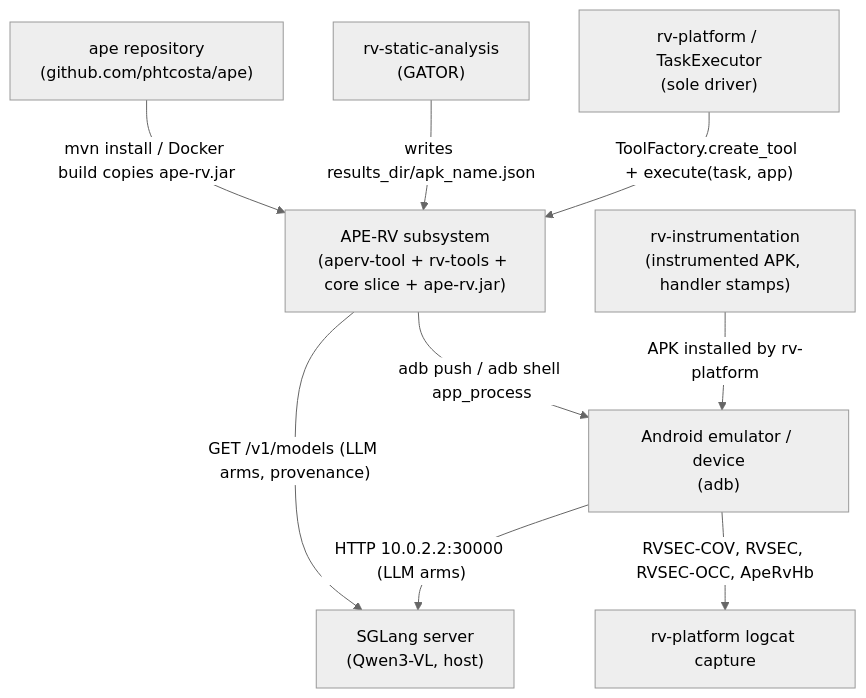
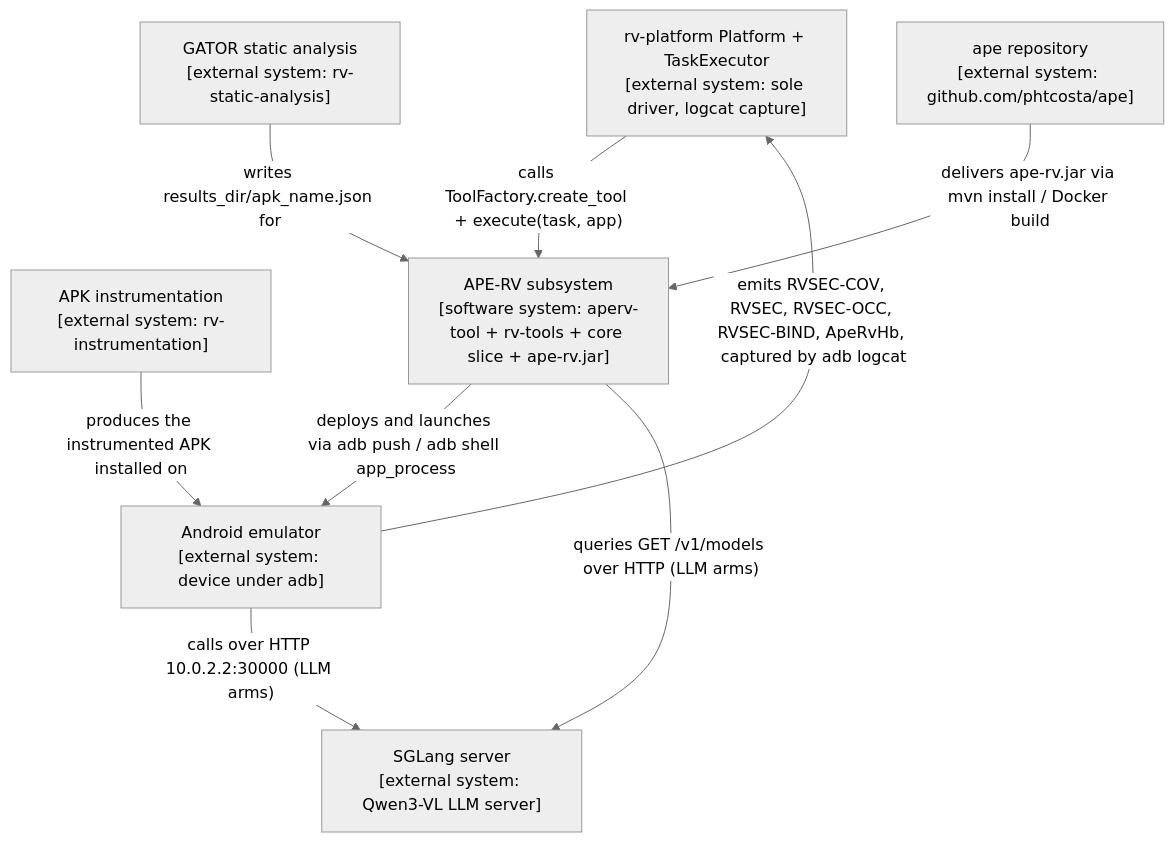
Before and after one commit to PAMunb/rvsec: the first of 6 diagrams in rv-android/docs/architecture/ape-rv.md, drawn with Mermaid. The commit also changed other lines of this file and 7 other files, not shown here.

````diff
--- a/rv-android/docs/architecture/ape-rv.md
+++ b/rv-android/docs/architecture/ape-rv.md
@@ -169,21 +176,21 @@
 ```mermaid
 %%{init: {'theme': 'neutral'}}%%
 flowchart TB
-    platform["rv-platform / TaskExecutor<br/>(sole driver)"]
-    static["rv-static-analysis<br/>(GATOR)"]
-    instr["rv-instrumentation<br/>(instrumented APK, handler stamps)"]
-    aperv["APE-RV subsystem<br/>(aperv-tool + rv-tools + core slice + ape-rv.jar)"]
-    emulator["Android emulator / device<br/>(adb)"]
-    sglang["SGLang server<br/>(Qwen3-VL, host)"]
-    logcat["rv-platform logcat capture"]
-    aperepo["ape repository<br/>(github.com/phtcosta/ape)"]
+    %% Source: modules/rv-platform/src/rv_platform/__init__.py, modules/rv-platform/src/rv_platform/components/logcat.py, modules/aperv-tool/src/aperv_tool/tools/aperv/tool.py, ../../ape/pom.xml, docker/rvandroid/Dockerfile
+    platform["rv-platform Platform + TaskExecutor<br/>[external system: sole driver, logcat capture]"]
+    static["GATOR static analysis<br/>[external system: rv-static-analysis]"]
+    instr["APK instrumentation<br/>[external system: rv-instrumentation]"]
+    aperv["APE-RV subsystem<br/>[software system: aperv-tool + rv-tools + core slice + ape-rv.jar]"]
+    emulator["Android emulator<br/>[external system: device under adb]"]
+    sglang["SGLang server<br/>[external system: Qwen3-VL LLM server]"]
+    aperepo["ape repository<br/>[external system: github.com/phtcosta/ape]"]
 
-    platform -->|"ToolFactory.create_tool + execute(task, app)"| aperv
-    static -->|"writes results_dir/apk_name.json"| aperv
-    instr -->|"APK installed by rv-platform"| emulator
-    aperv -->|"adb push / adb shell app_process"| emulator
-    emulator -->|"HTTP 10.0.2.2:30000 (LLM arms)"| sglang
-    aperv -->|"GET /v1/models (LLM arms, provenance)"| sglang
-    emulator -->|"RVSEC-COV, RVSEC, RVSEC-OCC, ApeRvHb"| logcat
-    aperepo -->|"mvn install / Docker build copies ape-rv.jar"| aperv
+    platform -->|"calls ToolFactory.create_tool + execute(task, app)"| aperv
+    static -->|"writes results_dir/apk_name.json for"| aperv
+    instr -->|"produces the instrumented APK installed on"| emulator
+    aperv -->|"deploys and launches via adb push / adb shell app_process"| emulator
+    emulator -->|"calls over HTTP 10.0.2.2:30000 (LLM arms)"| sglang
+    aperv -->|"queries GET /v1/models over HTTP (LLM arms)"| sglang
+    emulator -->|"emits RVSEC-COV, RVSEC, RVSEC-OCC, RVSEC-BIND, ApeRvHb, captured by adb logcat"| platform
+    aperepo -->|"delivers ape-rv.jar via mvn install / Docker build"| aperv
 ```
````
